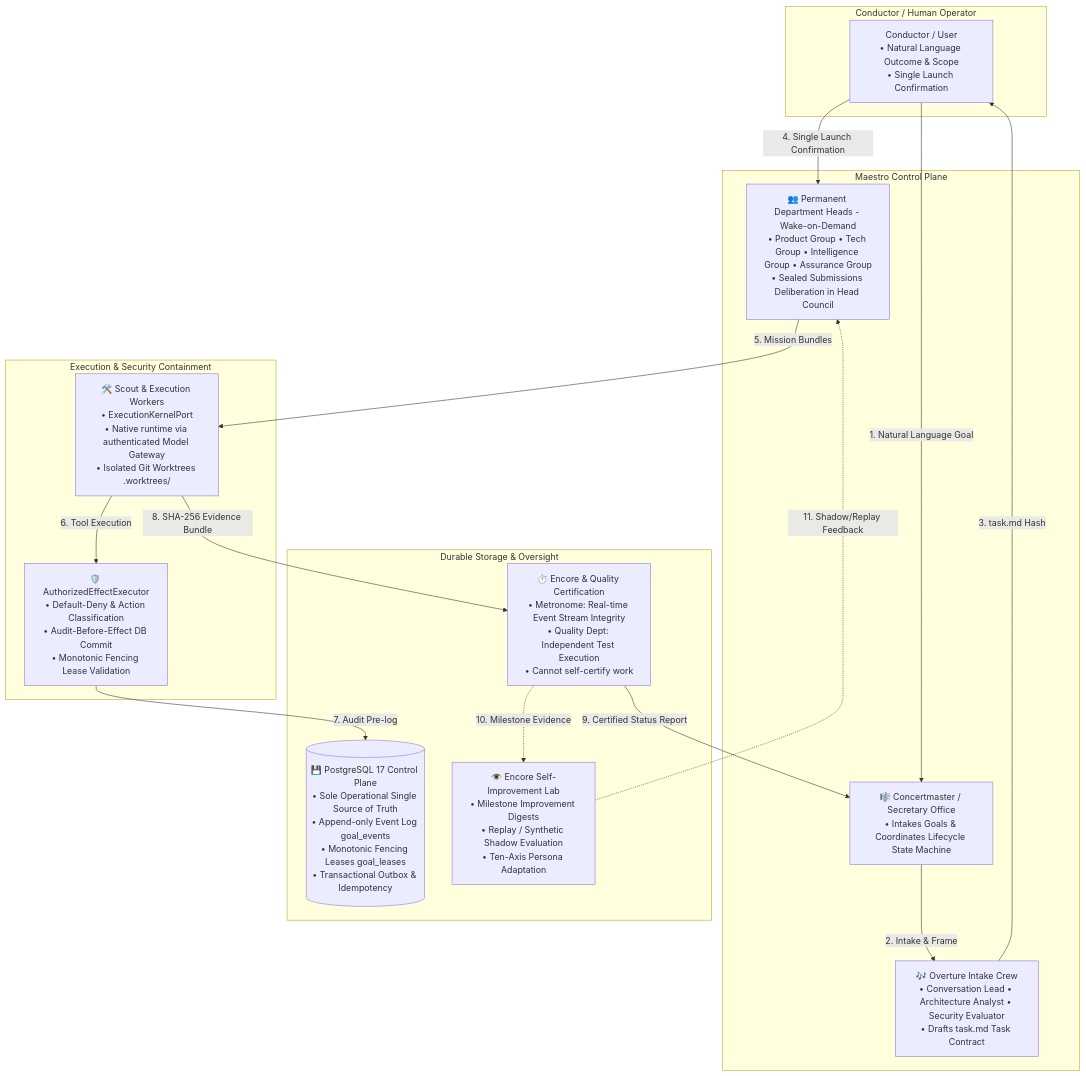
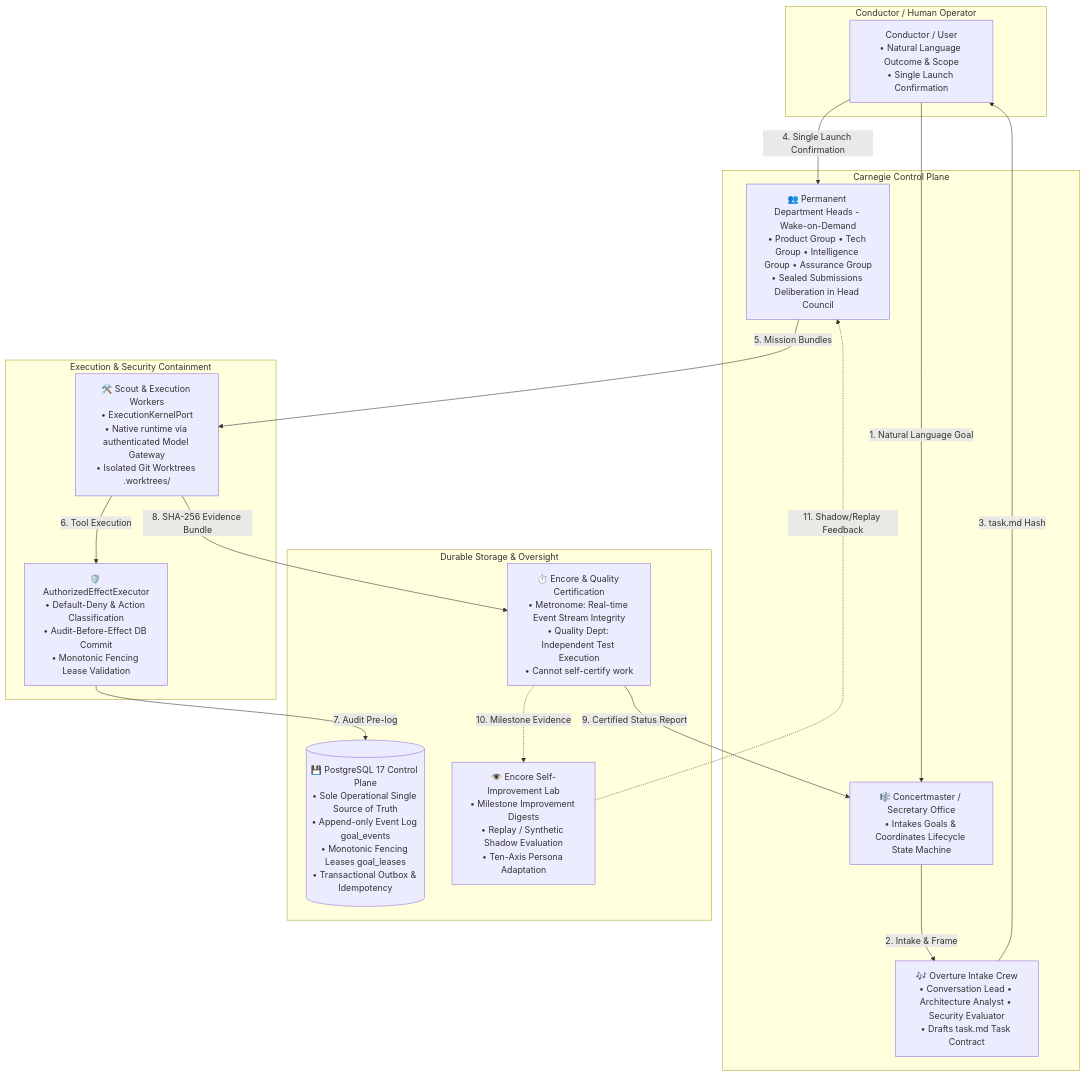
One commit to noth3dev/maestro changed the diagram in docs/01-system-overview.md. Above: the diagram before and after it, drawn with Mermaid. The commit also changed other lines of this file and 361 other files, not shown here.

````diff
--- a/docs/01-system-overview.md
+++ b/docs/01-system-overview.md
@@ -7,35 +7,35 @@
 ```mermaid
 flowchart TD
     subgraph UserLayer [Conductor / Human Operator]
         CONDUCTOR[Conductor / User<br/>• Natural Language Outcome & Scope<br/>• Single Launch Confirmation]
     end
 
-    subgraph ControlPlaneLayer [Maestro Control Plane]
+    subgraph ControlPlaneLayer [Carnegie Control Plane]
         CONCERTMASTER[🎼 Concertmaster / Secretary Office<br/>• Intakes Goals & Coordinates Lifecycle State Machine]
         OVERTURE[🎶 Overture Intake Crew<br/>• Conversation Lead • Architecture Analyst • Security Evaluator<br/>• Drafts task.md Task Contract]
         DEPARTMENTS[👥 Permanent Department Heads - Wake-on-Demand<br/>• Product Group • Tech Group • Intelligence Group • Assurance Group<br/>• Sealed Submissions Deliberation in Head Council]
     end
 
     subgraph ExecutionSecurityLayer [Execution & Security Containment]
         WORKERS[🛠️ Scout & Execution Workers<br/>• ExecutionKernelPort<br/>• Native runtime via authenticated Model Gateway<br/>• Isolated Git Worktrees .worktrees/ ]
         EXECUTOR[🛡️ AuthorizedEffectExecutor<br/>• Default-Deny & Action Classification<br/>• Audit-Before-Effect DB Commit<br/>• Monotonic Fencing Lease Validation]
     end
 
     subgraph PersistenceOversightLayer [Durable Storage & Oversight]
         ENCORE[⏱️ Encore & Quality Certification<br/>• Metronome: Real-time Event Stream Integrity<br/>• Quality Dept: Independent Test Execution<br/>• Cannot self-certify work]
         POSTGRES[(💾 PostgreSQL 17 Control Plane<br/>• Sole Operational Single Source of Truth<br/>• Append-only Event Log goal_events<br/>• Monotonic Fencing Leases goal_leases<br/>• Transactional Outbox & Idempotency)]
         ENCORE_LAB[👁️ Encore Self-Improvement Lab<br/>• Milestone Improvement Digests<br/>• Replay / Synthetic Shadow Evaluation<br/>• Ten-Axis Persona Adaptation]
     end
 
     CONDUCTOR -->|1. Natural Language Goal| CONCERTMASTER
     CONCERTMASTER -->|2. Intake & Frame| OVERTURE
     OVERTURE -->|3. task.md Hash| CONDUCTOR
     CONDUCTOR -->|4. Single Launch Confirmation| DEPARTMENTS
     DEPARTMENTS -->|5. Mission Bundles| WORKERS
     WORKERS -->|6. Tool Execution| EXECUTOR
     EXECUTOR -->|7. Audit Pre-log| POSTGRES
     WORKERS -->|8. SHA-256 Evidence Bundle| ENCORE
     ENCORE -->|9. Certified Status Report| CONCERTMASTER
     ENCORE -.->|10. Milestone Evidence| ENCORE_LAB
     ENCORE_LAB -.->|11. Shadow/Replay Feedback| DEPARTMENTS
 ```
````
